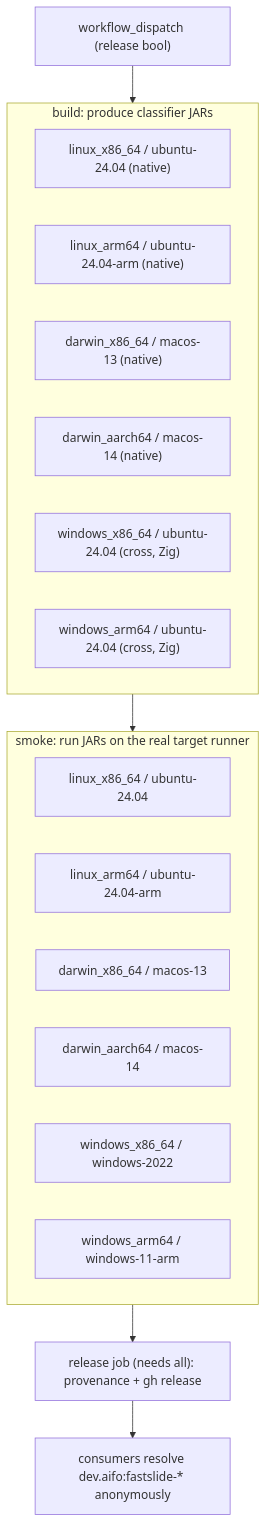
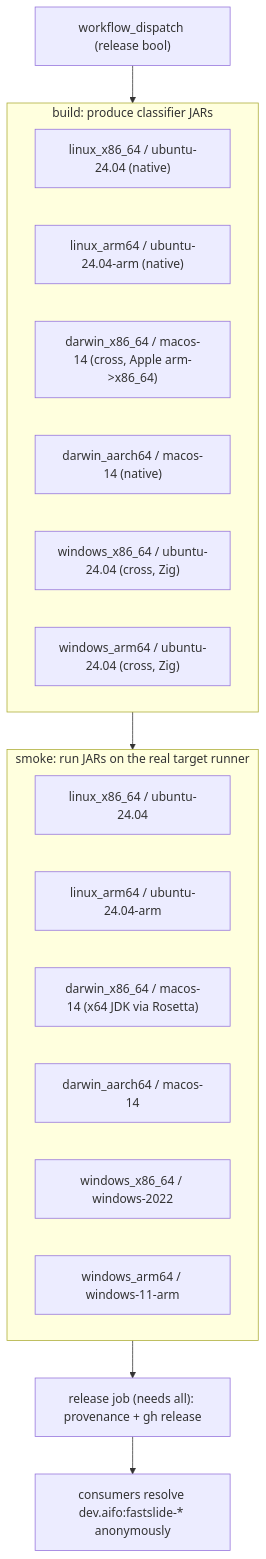
The diagram in docs/source/guides/java_packages.rst (NKI-AI/fastslide), drawn with Mermaid before and after one commit. The commit also changed other lines of this file and 1 other file, not shown here.

```diff
--- a/docs/source/guides/java_packages.rst
+++ b/docs/source/guides/java_packages.rst
@@ -124,23 +124,23 @@
 .. mermaid::
 
    flowchart TB
        dispatch["workflow_dispatch (release bool)"] --> build
        subgraph build [build: produce classifier JARs]
            blx["linux_x86_64 / ubuntu-24.04 (native)"]
            bla["linux_arm64 / ubuntu-24.04-arm (native)"]
-           bmx["darwin_x86_64 / macos-13 (native)"]
+           bmx["darwin_x86_64 / macos-14 (cross, Apple arm->x86_64)"]
            bma["darwin_aarch64 / macos-14 (native)"]
            bwx["windows_x86_64 / ubuntu-24.04 (cross, Zig)"]
            bwa["windows_arm64 / ubuntu-24.04 (cross, Zig)"]
        end
        subgraph smoke [smoke: run JARs on the real target runner]
            slx["linux_x86_64 / ubuntu-24.04"]
            sla["linux_arm64 / ubuntu-24.04-arm"]
-           smx["darwin_x86_64 / macos-13"]
+           smx["darwin_x86_64 / macos-14 (x64 JDK via Rosetta)"]
            sma["darwin_aarch64 / macos-14"]
            swx["windows_x86_64 / windows-2022"]
            swa["windows_arm64 / windows-11-arm"]
        end
        build --> smoke
        smoke --> rel["release job (needs all): provenance + gh release"]
        rel --> ivy["consumers resolve dev.aifo:fastslide-* anonymously"]
```
